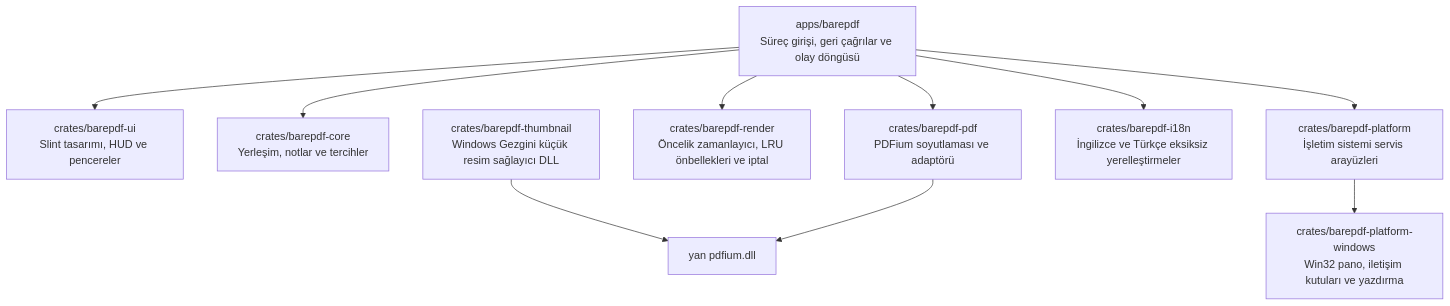
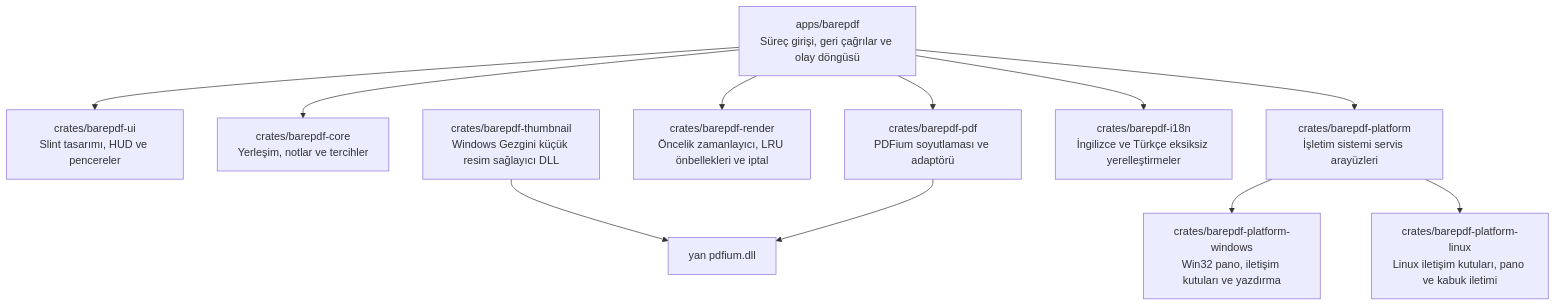
One commit to Woffluon/BarePDF changed the diagram in README.tr.md. Above: the diagram before and after it, drawn with Mermaid. The commit also changed other lines of this file and 22 other files, not shown here.

````diff
--- a/README.tr.md
+++ b/README.tr.md
@@ -208,12 +208,13 @@
 ```mermaid
 flowchart TD
     APP["apps/barepdf<br/>Süreç girişi, geri çağrılar ve olay döngüsü"] --> UI["crates/barepdf-ui<br/>Slint tasarımı, HUD ve pencereler"]
     APP --> CORE["crates/barepdf-core<br/>Yerleşim, notlar ve tercihler"]
     APP --> PDF["crates/barepdf-pdf<br/>PDFium soyutlaması ve adaptörü"]
     APP --> RENDER["crates/barepdf-render<br/>Öncelik zamanlayıcı, LRU önbellekleri ve iptal"]
     APP --> PLATFORM["crates/barepdf-platform<br/>İşletim sistemi servis arayüzleri"]
     PLATFORM --> WIN["crates/barepdf-platform-windows<br/>Win32 pano, iletişim kutuları ve yazdırma"]
+    PLATFORM --> LIN["crates/barepdf-platform-linux<br/>Linux iletişim kutuları, pano ve kabuk iletimi"]
     APP --> I18N["crates/barepdf-i18n<br/>İngilizce ve Türkçe eksiksiz yerelleştirmeler"]
     THUMB["crates/barepdf-thumbnail<br/>Windows Gezgini küçük resim sağlayıcı DLL"] --> PDFIUM["yan pdfium.dll"]
     PDF --> PDFIUM
 ```
````
